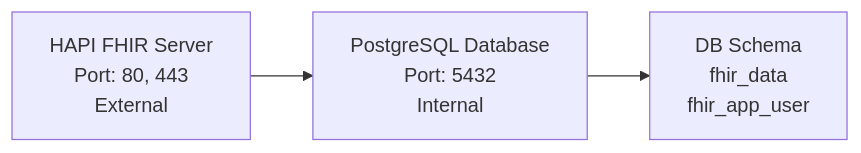
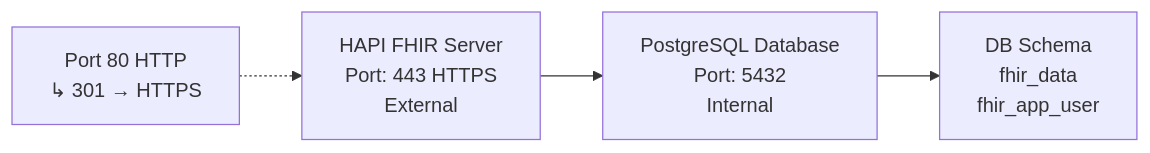
Before and after one commit to steveswinsburg/fhirstore: the diagram in README.md, drawn with Mermaid. The commit also changed other lines of this file and 1 other file, not shown here.

````diff
--- a/README.md
+++ b/README.md
@@ -27,5 +27,6 @@
 ```mermaid
 graph LR
-    A[HAPI FHIR Server<br/>Port: 80, 443<br/>External] --> B[PostgreSQL Database<br/>Port: 5432<br/>Internal]
+    A[HAPI FHIR Server<br/>Port: 443 HTTPS<br/>External] --> B[PostgreSQL Database<br/>Port: 5432<br/>Internal]
     B --> C[DB Schema<br/>fhir_data<br/>fhir_app_user]
+    D[Port 80 HTTP<br/>↳ 301 → HTTPS] -.-> A
 ```
````
